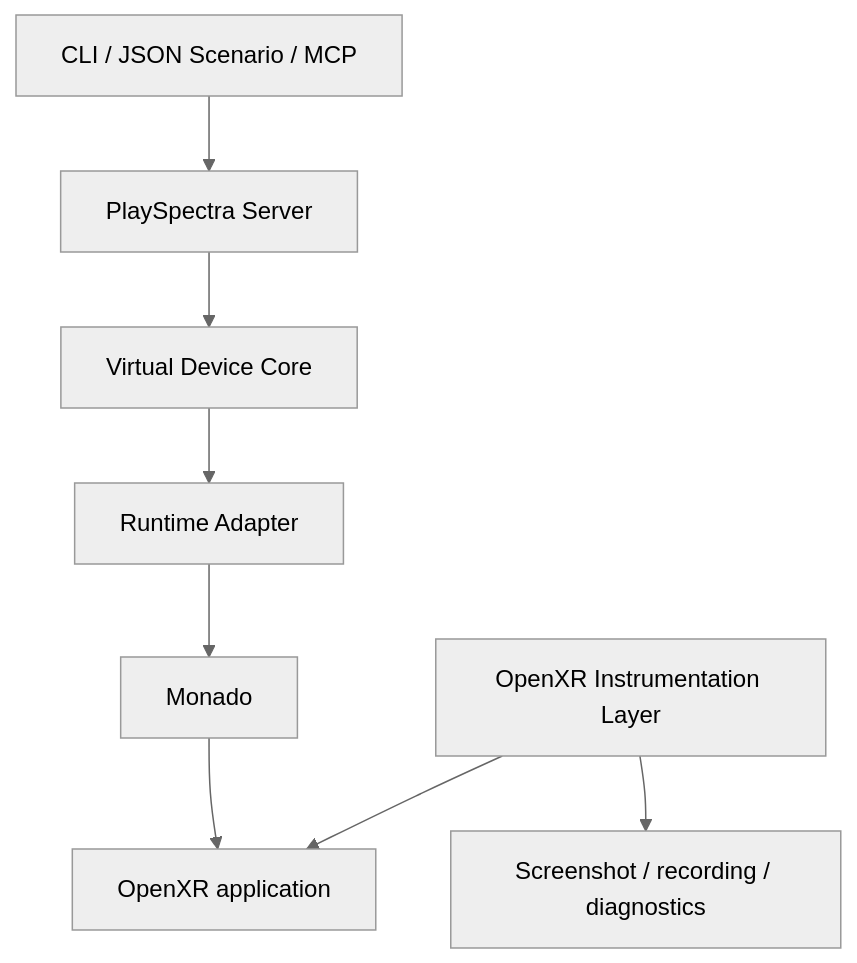
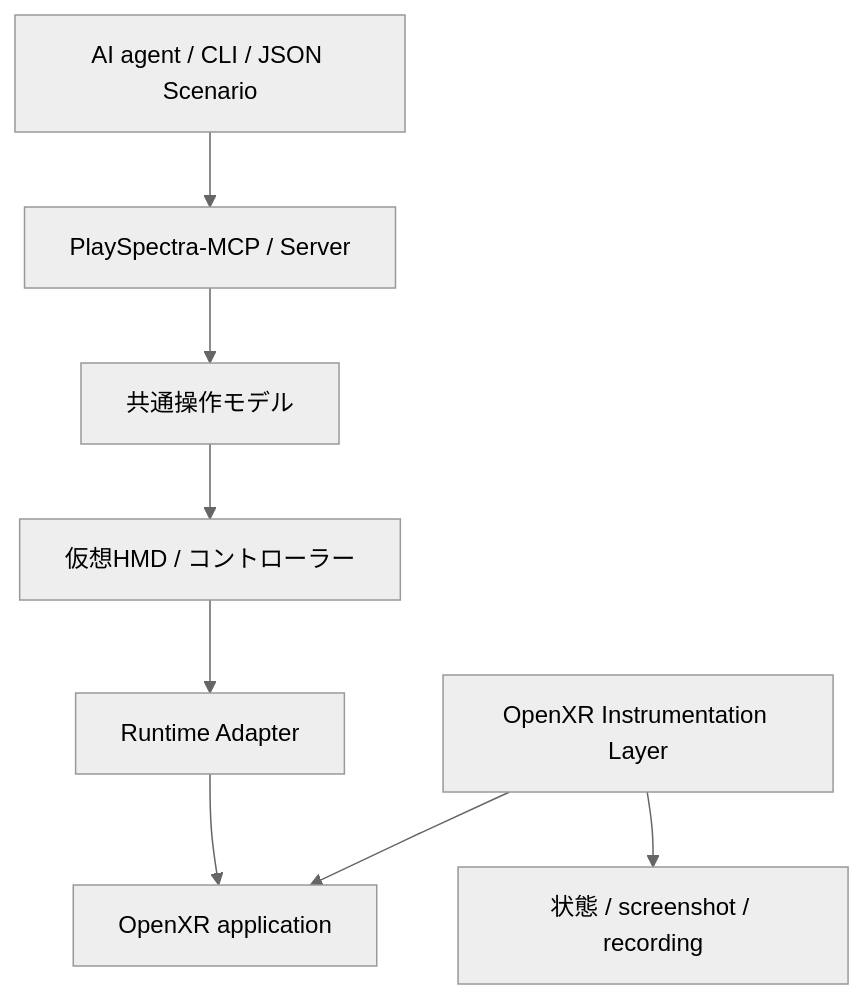
Before and after one commit to YmSaki/PlaySpectra: the diagram in docs/readme.ja.md, drawn with Mermaid (neutral theme). The commit also changed other lines of this file and 1 other file, not shown here.

```diff
--- a/docs/readme.ja.md
+++ b/docs/readme.ja.md
@@ -197,10 +254,10 @@
 ~~~mermaid
 flowchart TD
-  I[CLI / JSON Scenario / MCP] --> S[PlaySpectra Server]
-  S --> C[Virtual Device Core]
-  C --> A[Runtime Adapter]
-  A --> M[Monado]
-  M --> O[OpenXR application]
+  I[AI agent / CLI / JSON Scenario] --> M[PlaySpectra-MCP / Server]
+  M --> A[共通操作モデル]
+  A --> V[仮想HMD / コントローラー]
+  V --> R[Runtime Adapter]
+  R --> O[OpenXR application]
   L[OpenXR Instrumentation Layer] --> O
-  L --> V[Screenshot / recording / diagnostics]
+  L --> Q[状態 / screenshot / recording]
 ~~~
```
